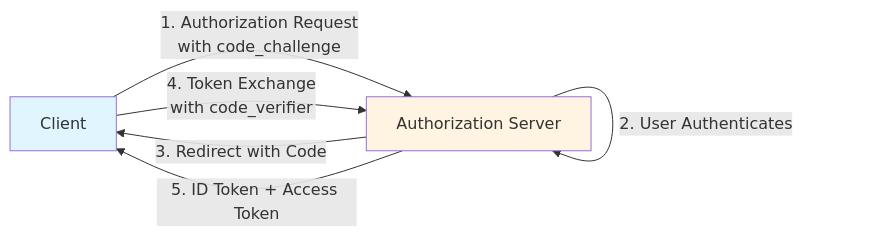
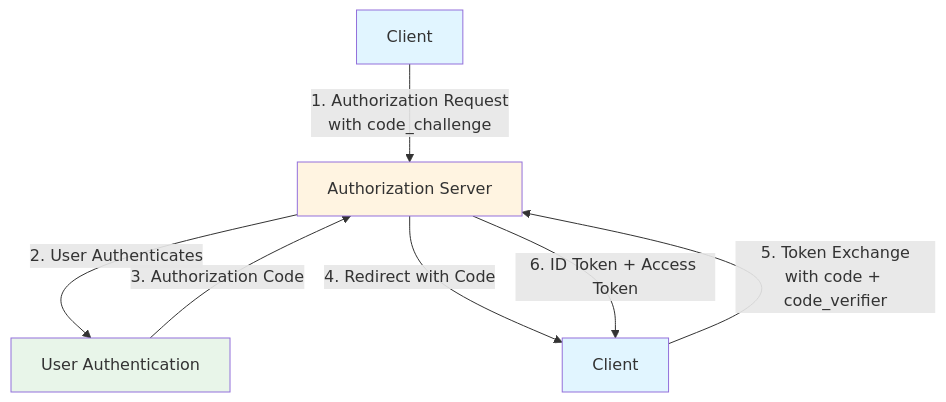
Before and after one commit to vscarpenter/gsd-task-manager: the first of 5 diagrams in OAUTH_OIDC_GUIDE.md, drawn with Mermaid. The commit also changed other lines of this file, not shown here.

Commit message:
docs: Convert Mermaid diagrams to vertical layout
- Change OAuth 2.0 flow from LR (horizontal) to TD (vertical) to match ASCII original
- Update Data Flow from horizontal to vertical for consistency
- Add separate nodes for round-trip flow (Client → Worker → Client)
- System Architecture and sequence diagrams already vertical

This better mimics the original ASCII art's top-to-bottom flow and
improves readability on mobile and narrow viewports.

🤖 Generated with [Claude Code](https://claude.com/claude-code)

````diff
--- a/OAUTH_OIDC_GUIDE.md
+++ b/OAUTH_OIDC_GUIDE.md
@@ -73,11 +73,14 @@
 ```mermaid
-graph LR
+graph TD
     A[Client] -->|1. Authorization Request<br/>with code_challenge| B[Authorization Server]
-    B -->|2. User Authenticates| B
-    B -->|3. Redirect with Code| A
-    A -->|4. Token Exchange<br/>with code_verifier| B
-    B -->|5. ID Token + Access Token| A
+    B -->|2. User Authenticates| C[User Authentication]
+    C -->|3. Authorization Code| B
+    B -->|4. Redirect with Code| D[Client]
+    D -->|5. Token Exchange<br/>with code + code_verifier| B
+    B -->|6. ID Token + Access Token| D
 
     style A fill:#e1f5ff
     style B fill:#fff4e1
+    style C fill:#e8f5e9
+    style D fill:#e1f5ff
 ```
````
